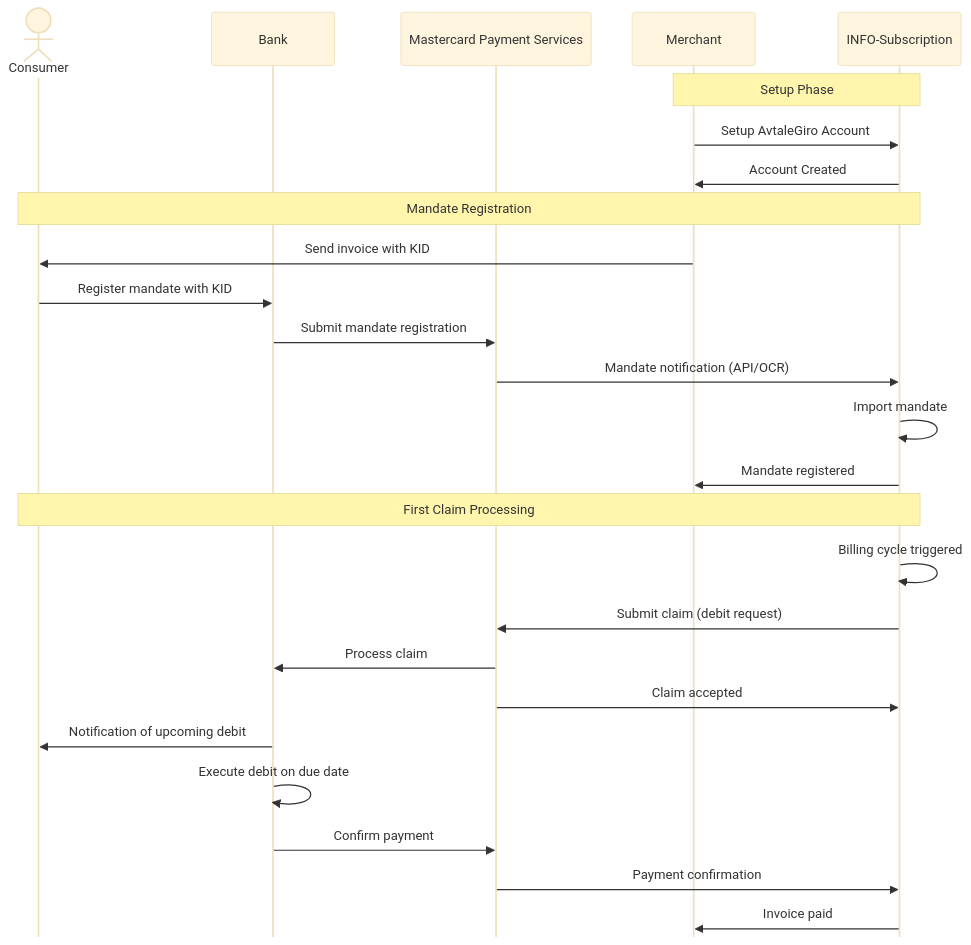
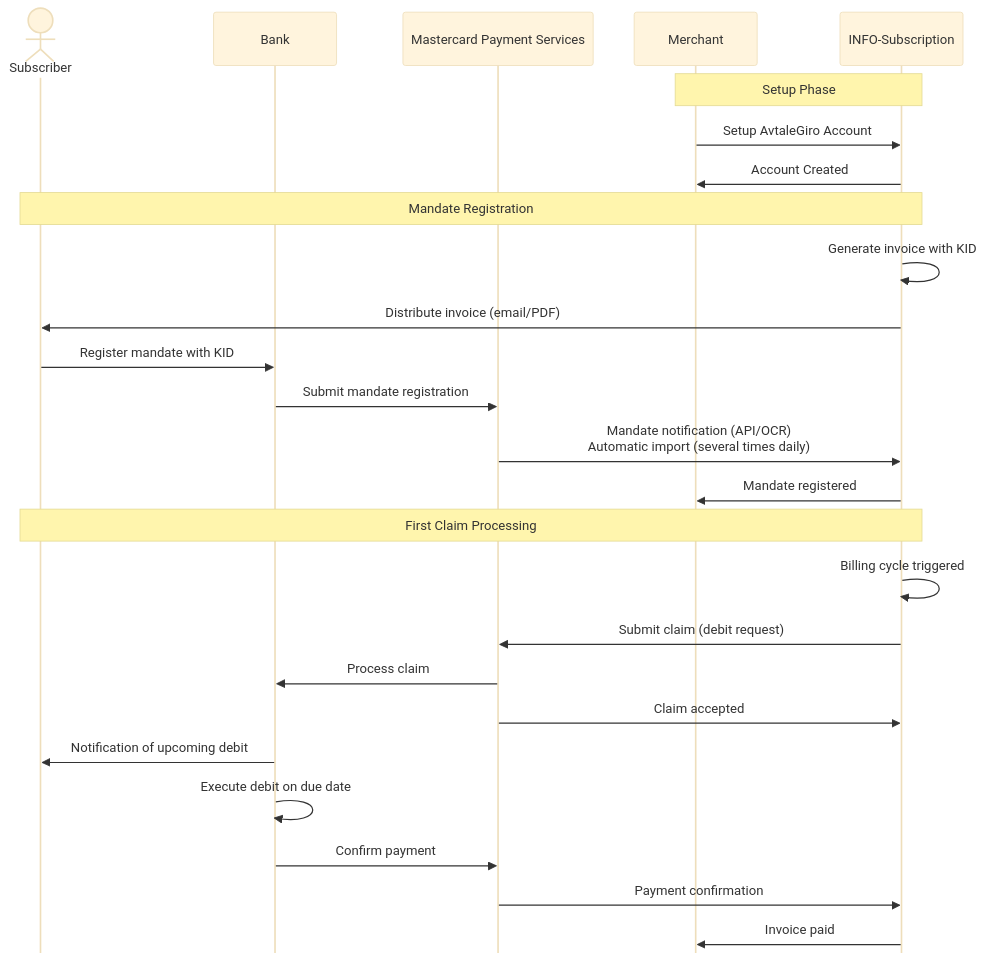
The diagram in source/payments/providers/avtalegiro.rst (infosoftas/info-subscription-doc), drawn with Mermaid (base theme) before and after one commit.

Commit message:
Update sequence diagram per feedback: use Subscriber terminology, show INFO-Subscription invoice generation, and indicate automatic import

```diff
--- a/source/payments/providers/avtalegiro.rst
+++ b/source/payments/providers/avtalegiro.rst
@@ -21,32 +21,32 @@
 .. mermaid::
 
    %%{init: { 'sequence': { 'mirrorActors': false } } }%%
    sequenceDiagram
-      actor Consumer
+      actor Subscriber
       participant Bank
       participant MPS as Mastercard Payment Services
       participant Merchant
       participant INFO-Subscription
 
       Note over Merchant,INFO-Subscription: Setup Phase
       Merchant->>INFO-Subscription: Setup AvtaleGiro Account
       INFO-Subscription->>Merchant: Account Created
 
-      Note over Consumer,INFO-Subscription: Mandate Registration
-      Merchant->>Consumer: Send invoice with KID
-      Consumer->>Bank: Register mandate with KID
+      Note over Subscriber,INFO-Subscription: Mandate Registration
+      INFO-Subscription->>INFO-Subscription: Generate invoice with KID
+      INFO-Subscription->>Subscriber: Distribute invoice (email/PDF)
+      Subscriber->>Bank: Register mandate with KID
       Bank->>MPS: Submit mandate registration
-      MPS->>INFO-Subscription: Mandate notification (API/OCR)
-      INFO-Subscription->>INFO-Subscription: Import mandate
+      MPS->>INFO-Subscription: Mandate notification (API/OCR)<br/>Automatic import (several times daily)
       INFO-Subscription->>Merchant: Mandate registered
 
-      Note over Consumer,INFO-Subscription: First Claim Processing
+      Note over Subscriber,INFO-Subscription: First Claim Processing
       INFO-Subscription->>INFO-Subscription: Billing cycle triggered
       INFO-Subscription->>MPS: Submit claim (debit request)
       MPS->>Bank: Process claim
       MPS->>INFO-Subscription: Claim accepted
-      Bank->>Consumer: Notification of upcoming debit
+      Bank->>Subscriber: Notification of upcoming debit
       Bank->>Bank: Execute debit on due date
       Bank->>MPS: Confirm payment
       MPS->>INFO-Subscription: Payment confirmation
       INFO-Subscription->>Merchant: Invoice paid
```
